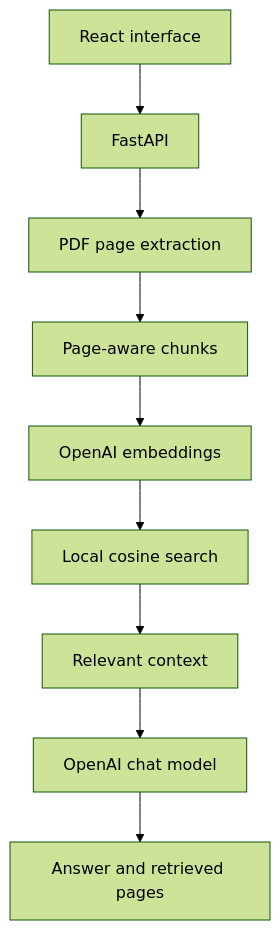
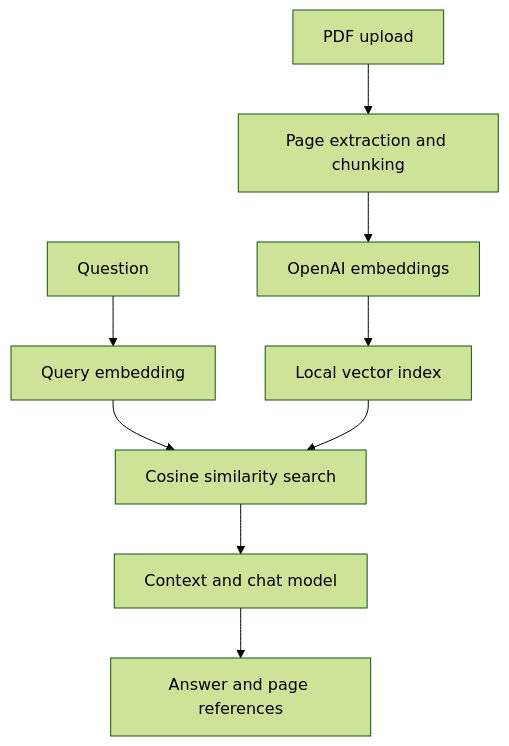
One commit to minte-sys/ai-study-assistant-rag changed the diagram in README.md. Above: the diagram before and after it, drawn with Mermaid (forest theme). The commit also changed other lines of this file, not shown here.

````diff
--- a/README.md
+++ b/README.md
@@ -17,11 +20,11 @@
 ```mermaid
 flowchart TD
-    A[React interface] --> B[FastAPI]
-    B --> C[PDF page extraction]
-    C --> D[Page-aware chunks]
-    D --> E[OpenAI embeddings]
-    E --> F[Local cosine search]
-    F --> G[Relevant context]
-    G --> H[OpenAI chat model]
-    H --> I[Answer and retrieved pages]
+    A[PDF upload] --> B[Page extraction and chunking]
+    B --> C[OpenAI embeddings]
+    C --> D[Local vector index]
+    E[Question] --> F[Query embedding]
+    F --> G[Cosine similarity search]
+    D --> G
+    G --> H[Context and chat model]
+    H --> I[Answer and page references]
 ```
````
